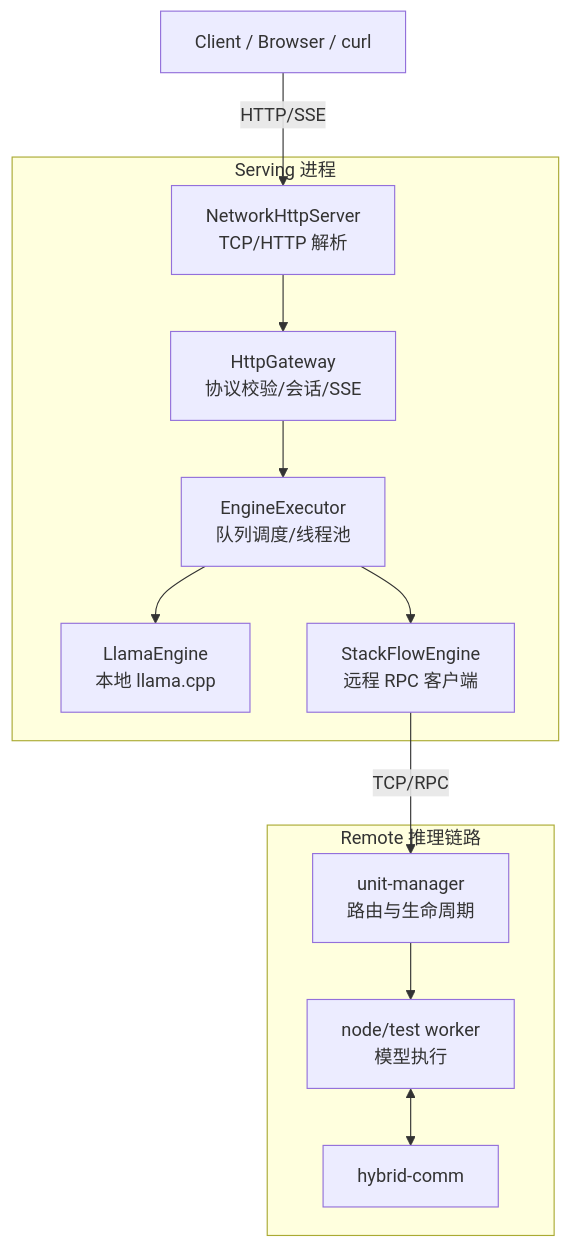
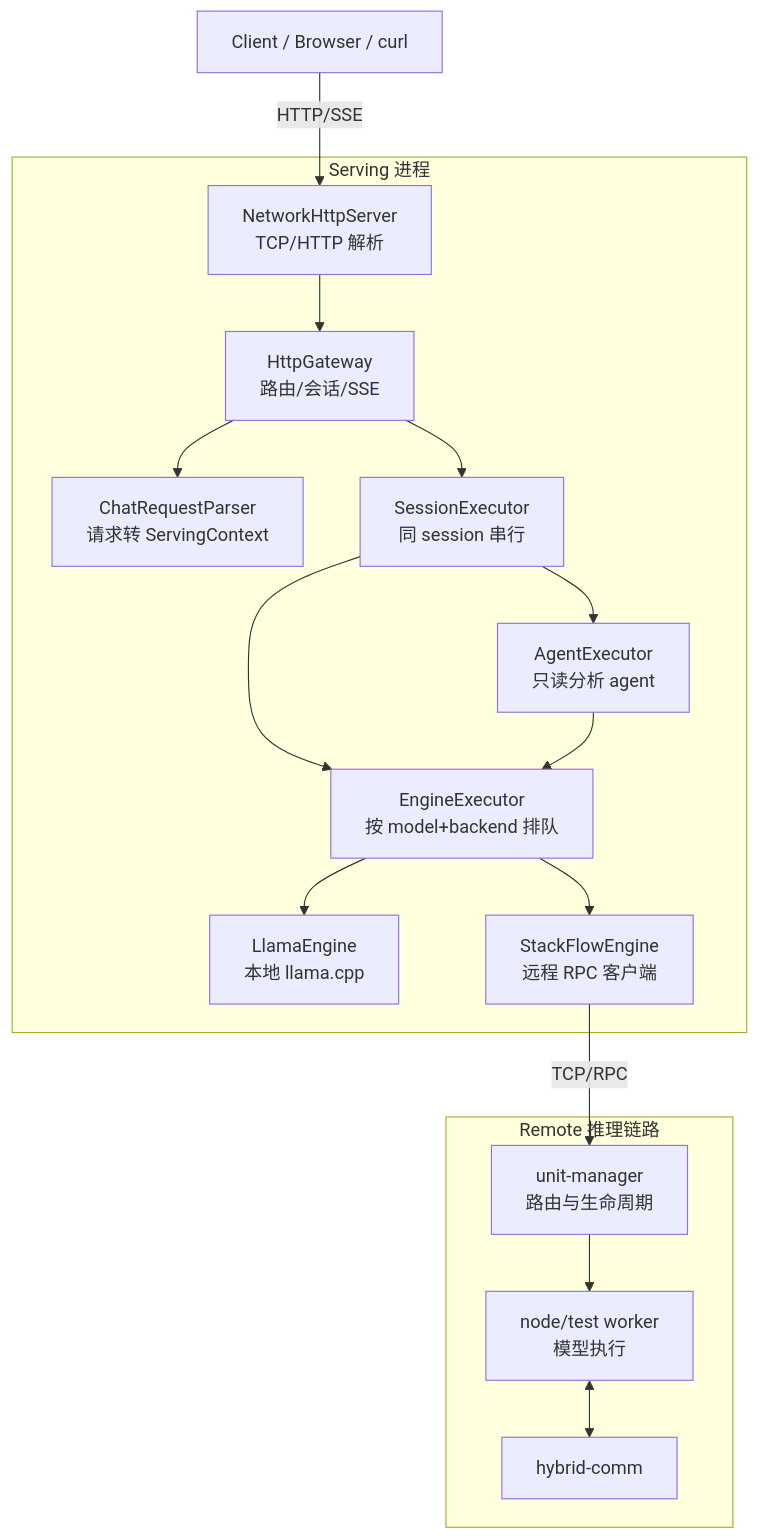
Before and after one commit to PitifulDs/llm_MultimodalServer: the diagram in README.md, drawn with Mermaid. The commit also changed other lines of this file and 3 other files, not shown here.

````diff
--- a/README.md
+++ b/README.md
@@ -25,27 +25,34 @@
 ```mermaid
 flowchart TB
   C[Client / Browser / curl]
 
   subgraph S[Serving 进程]
     N[NetworkHttpServer\nTCP/HTTP 解析]
-    G[HttpGateway\n协议校验/会话/SSE]
-    E[EngineExecutor\n队列调度/线程池]
+    G[HttpGateway\n路由/会话/SSE]
+    P[ChatRequestParser\n请求转 ServingContext]
+    SX[SessionExecutor\n同 session 串行]
+    AX[AgentExecutor\n只读分析 agent]
+    E[EngineExecutor\n按 model+backend 排队]
     L[LlamaEngine\n本地 llama.cpp]
     SF[StackFlowEngine\n远程 RPC 客户端]
 
-    N --> G --> E
+    N --> G --> P
+    G --> SX
+    SX --> AX
+    SX --> E
+    AX --> E
     E --> L
     E --> SF
   end
 
   subgraph R[Remote 推理链路]
     U[unit-manager\n路由与生命周期]
     W[node/test worker\n模型执行]
     H[hybrid-comm]
     U --> W
     W <--> H
   end
 
   C -->|HTTP/SSE| N
   SF -->|TCP/RPC| U
 ```
````
